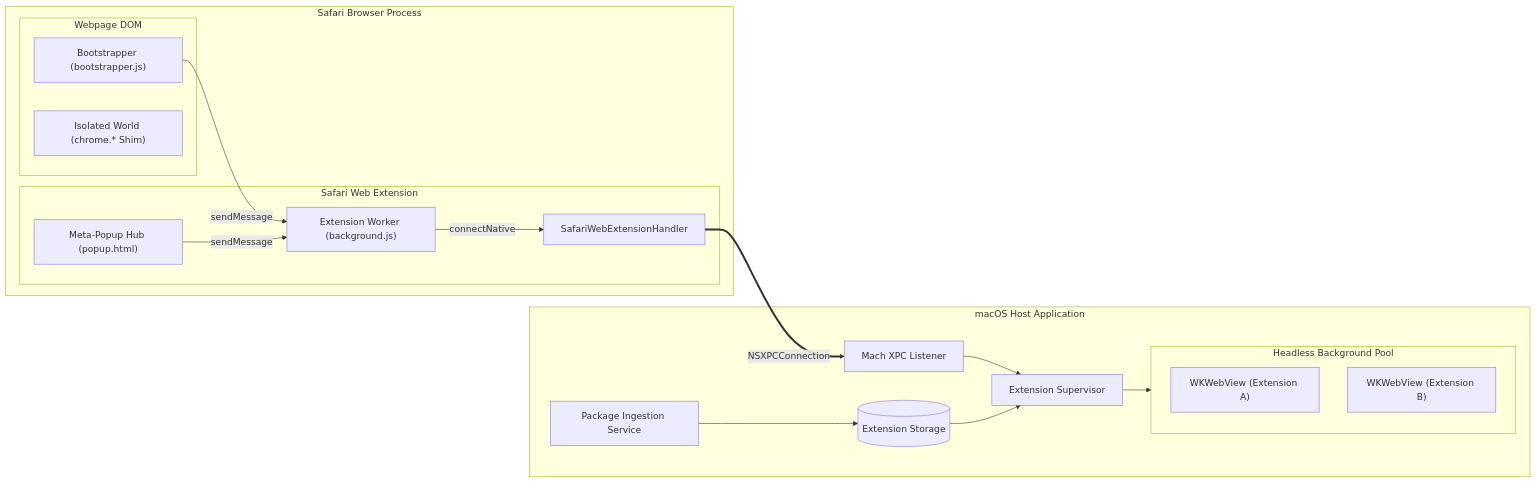
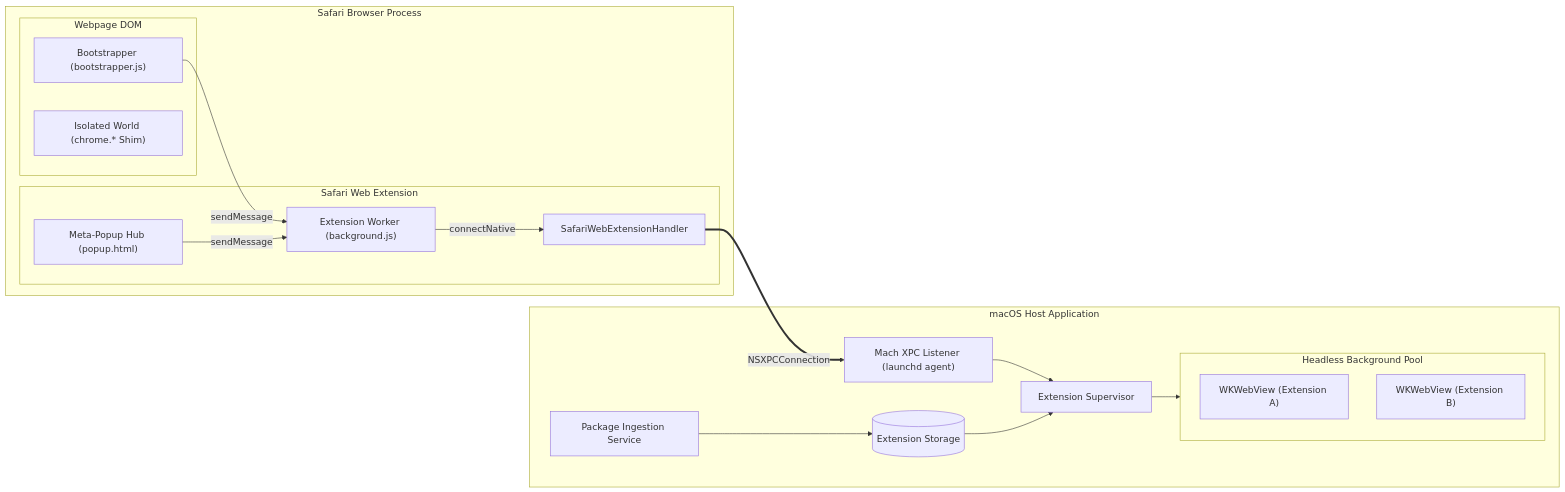
The first of 6 diagrams in docs/architecture.md (easonwong-de/Wirt), drawn with Mermaid before and after one commit. The commit also changed other lines of this file and 8 other files, not shown here.

First line of the commit message:
fix: host XPC listener in a launchd-managed agent

````diff
--- a/docs/architecture.md
+++ b/docs/architecture.md
@@ -9,34 +9,34 @@
 ```mermaid
 flowchart LR
     subgraph Safari["Safari Browser Process"]
         subgraph Webpage["Webpage DOM"]
             Bootstrapper["Bootstrapper (bootstrapper.js)"]
             Isolated["Isolated World (chrome.* Shim)"]
         end
         subgraph WebExt["Safari Web Extension"]
             Worker["Extension Worker (background.js)"]
             Popup["Meta-Popup Hub (popup.html)"]
             Handler["SafariWebExtensionHandler"]
         end
     end
 
     subgraph HostApp["macOS Host Application"]
-        XPCListener["Mach XPC Listener"]
+        XPCListener["Mach XPC Listener (launchd agent)"]
         Supervisor["Extension Supervisor"]
         Ingestion["Package Ingestion Service"]
         Storage[("Extension Storage")]
         subgraph Pool["Headless Background Pool"]
             WKA["WKWebView (Extension A)"]
             WKB["WKWebView (Extension B)"]
         end
     end
 
     Bootstrapper -->|"sendMessage"| Worker
     Popup -->|"sendMessage"| Worker
     Worker -->|"connectNative"| Handler
     Handler ==>|"NSXPCConnection"| XPCListener
     XPCListener --> Supervisor
     Supervisor --> Pool
     Ingestion --> Storage
     Storage --> Supervisor
 ```
````
